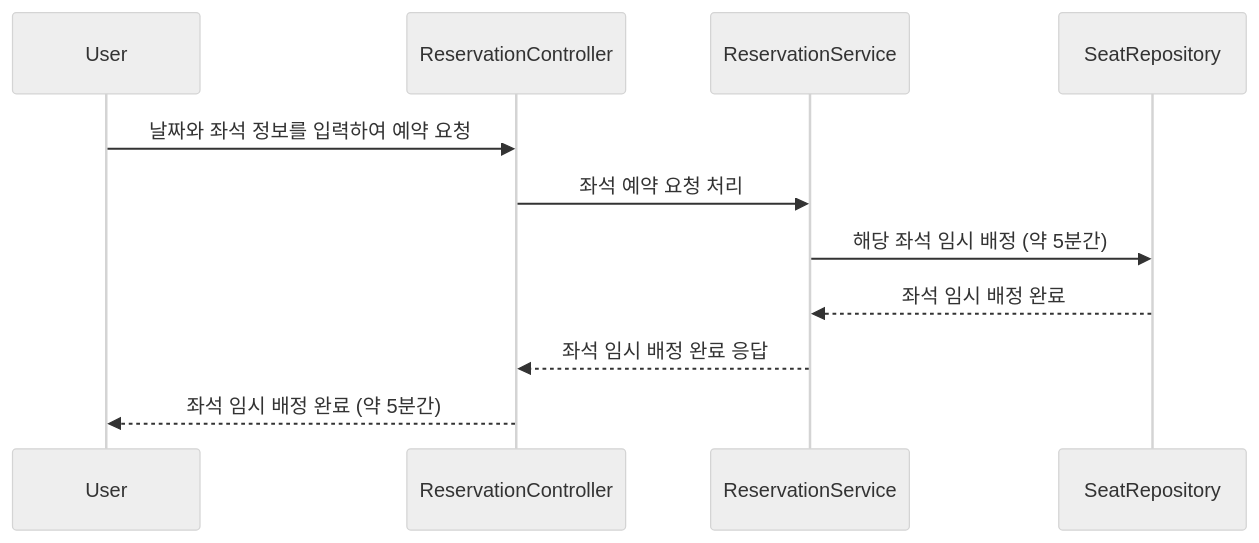
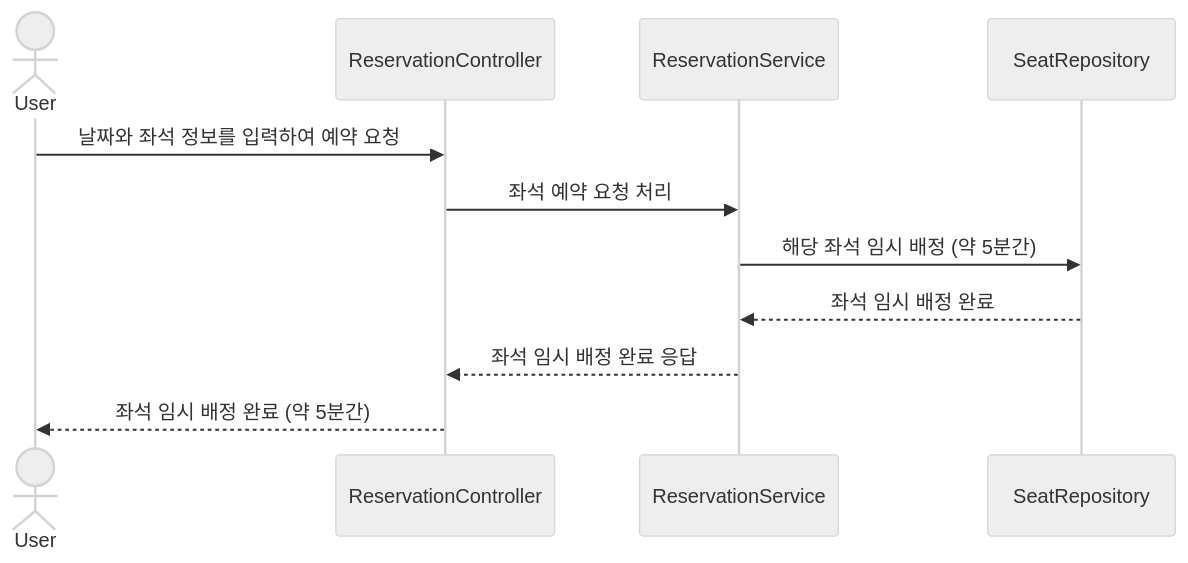
Before and after one commit to lkk6201/hhplus-concert-reservation: the third of 6 diagrams in docs/sequenceDiagram.md, drawn with Mermaid (neutral theme). The commit also changed other lines of this file, not shown here.

Commit message:
Docs: 시퀀스 다이어그램 user 아이콘 수정

````diff
--- a/docs/sequenceDiagram.md
+++ b/docs/sequenceDiagram.md
@@ -49,14 +49,14 @@
 ```mermaid
 sequenceDiagram
-participant User
+actor User
 participant ReservationController
 participant ReservationService
 participant SeatRepository
 
     User ->> ReservationController: 날짜와 좌석 정보를 입력하여 예약 요청
     ReservationController ->> ReservationService: 좌석 예약 요청 처리
     ReservationService ->> SeatRepository: 해당 좌석 임시 배정 (약 5분간)
     SeatRepository -->> ReservationService: 좌석 임시 배정 완료
     ReservationService -->> ReservationController: 좌석 임시 배정 완료 응답
     ReservationController -->> User: 좌석 임시 배정 완료 (약 5분간)
 ```
````
